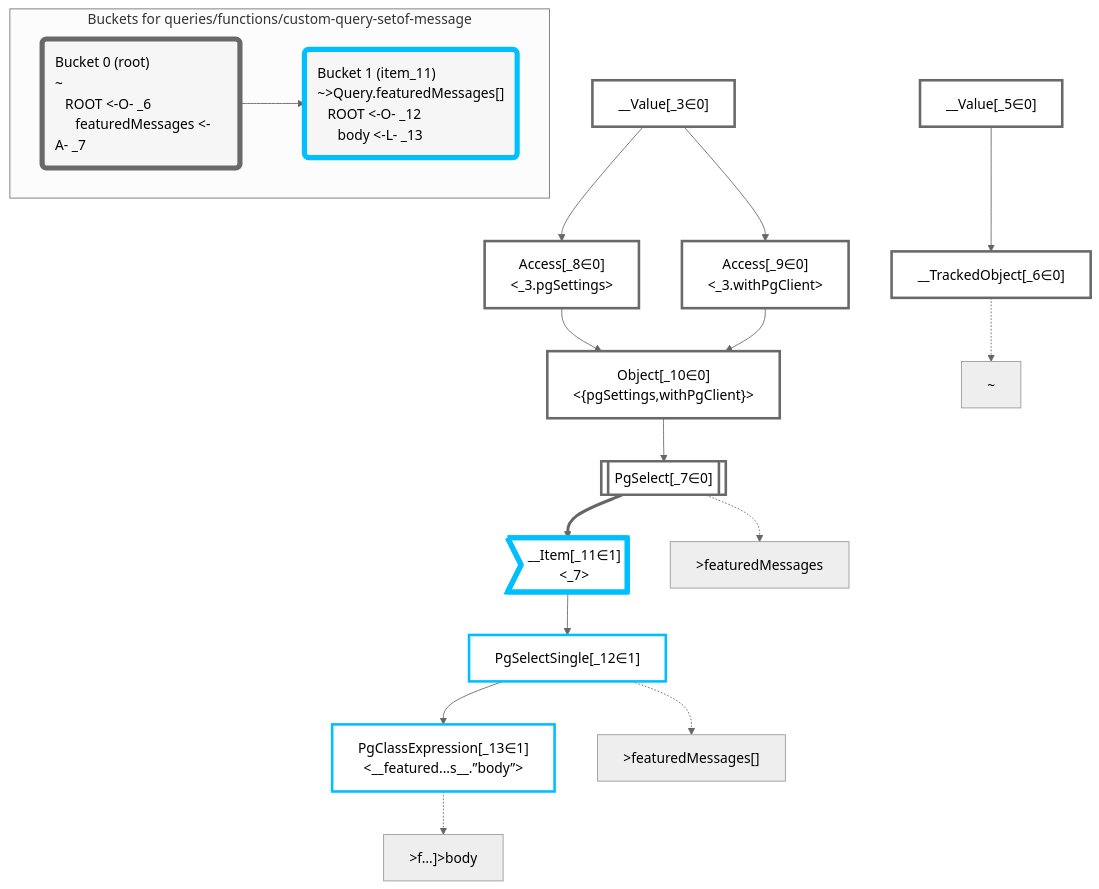
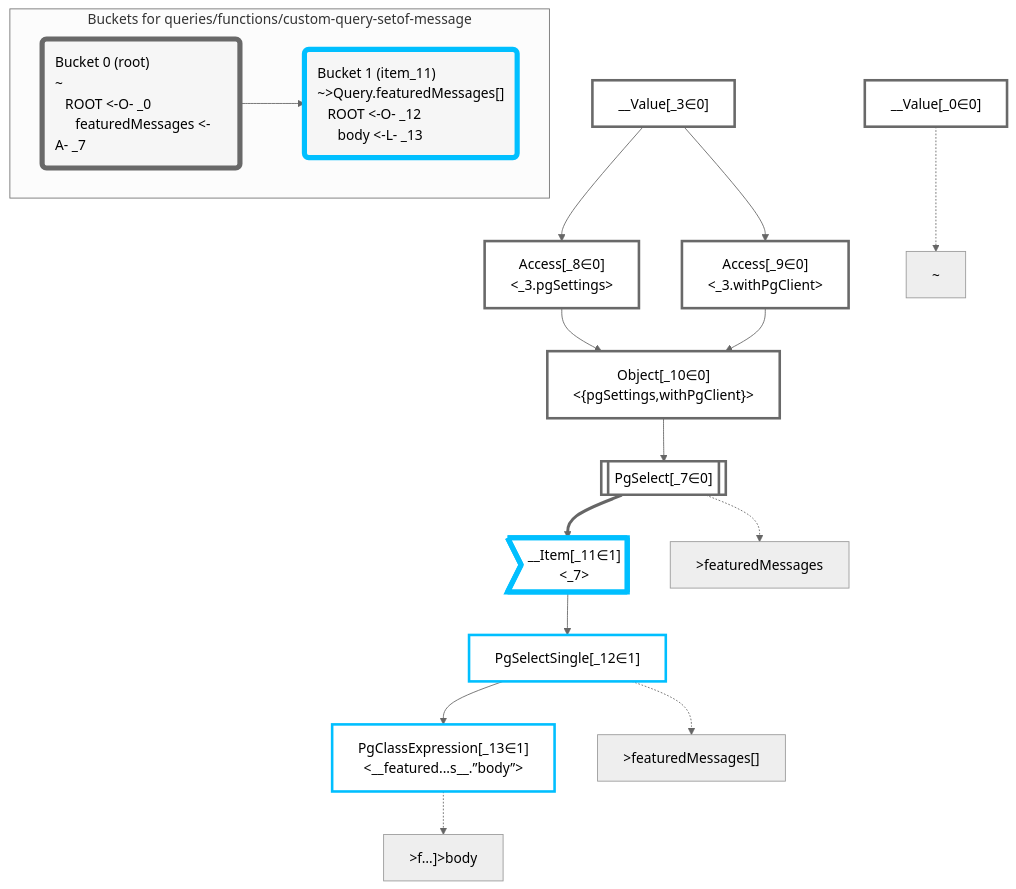
The diagram in packages/dataplan-pg/__tests__/queries/functions/custom-query-setof-message.deopt.mermaid.md (graphile/crystal), drawn with Mermaid (neutral theme) before and after one commit. The commit also changed 193 other files, not shown here.

Commit message:
Update test plan snapshots with new root plan

````diff
--- a/packages/dataplan-pg/__tests__/queries/functions/custom-query-setof-message.deopt.mermaid.md
+++ b/packages/dataplan-pg/__tests__/queries/functions/custom-query-setof-message.deopt.mermaid.md
@@ -1,56 +1,54 @@
 ```mermaid
 graph TD
     classDef path fill:#eee,stroke:#000,color:#000
     classDef plan fill:#fff,stroke-width:3px,color:#000
     classDef itemplan fill:#fff,stroke-width:6px,color:#000
     classDef sideeffectplan fill:#f00,stroke-width:6px,color:#000
     classDef bucket fill:#f6f6f6,color:#000,stroke-width:6px,text-align:left
 
 
     %% define plans
+    __Value_0["__Value[_0∈0]"]:::plan
     __Value_3["__Value[_3∈0]<br /><context>"]:::plan
-    __Value_5["__Value[_5∈0]<br /><rootValue>"]:::plan
-    __TrackedObject_6["__TrackedObject[_6∈0]"]:::plan
     PgSelect_7[["PgSelect[_7∈0]<br /><featured_messages>"]]:::plan
     Access_8["Access[_8∈0]<br /><_3.pgSettings>"]:::plan
     Access_9["Access[_9∈0]<br /><_3.withPgClient>"]:::plan
     Object_10["Object[_10∈0]<br /><{pgSettings,withPgClient}>"]:::plan
     __Item_11>"__Item[_11∈1]<br /><_7>"]:::itemplan
     PgSelectSingle_12["PgSelectSingle[_12∈1]<br /><featured_messages>"]:::plan
     PgClassExpression_13["PgClassExpression[_13∈1]<br /><__featured...s__.”body”>"]:::plan
 
     %% plan dependencies
-    __Value_5 --> __TrackedObject_6
     Object_10 --> PgSelect_7
     __Value_3 --> Access_8
     __Value_3 --> Access_9
     Access_8 --> Object_10
     Access_9 --> Object_10
     PgSelect_7 ==> __Item_11
     __Item_11 --> PgSelectSingle_12
     PgSelectSingle_12 --> PgClassExpression_13
 
     %% plan-to-path relationships
-    P_6["~"]
-    __TrackedObject_6 -.-> P_6
+    P_0["~"]
+    __Value_0 -.-> P_0
     P_7[">featuredMessages"]
     PgSelect_7 -.-> P_7
     P_12[">featuredMessages[]"]
     PgSelectSingle_12 -.-> P_12
     P_13[">f…]>body"]
     PgClassExpression_13 -.-> P_13
 
     %% allocate buckets
     classDef bucket0 stroke:#696969
-    class __Value_3,__Value_5,__TrackedObject_6,PgSelect_7,Access_8,Access_9,Object_10 bucket0
+    class __Value_0,__Value_3,PgSelect_7,Access_8,Access_9,Object_10 bucket0
     classDef bucket1 stroke:#00bfff
     class __Item_11,PgSelectSingle_12,PgClassExpression_13 bucket1
 
     subgraph "Buckets for queries/functions/custom-query-setof-message"
-    Bucket0("Bucket 0 (root)<br />~<br />⠀ROOT <-O- _6<br />⠀⠀featuredMessages <-A- _7"):::bucket
+    Bucket0("Bucket 0 (root)<br />~<br />⠀ROOT <-O- _0<br />⠀⠀featuredMessages <-A- _7"):::bucket
     style Bucket0 stroke:#696969
     Bucket1("Bucket 1 (item_11)<br />~>Query.featuredMessages[]<br />⠀ROOT <-O- _12<br />⠀⠀body <-L- _13"):::bucket
     style Bucket1 stroke:#00bfff
     Bucket0 --> Bucket1
     end
 ```
````
